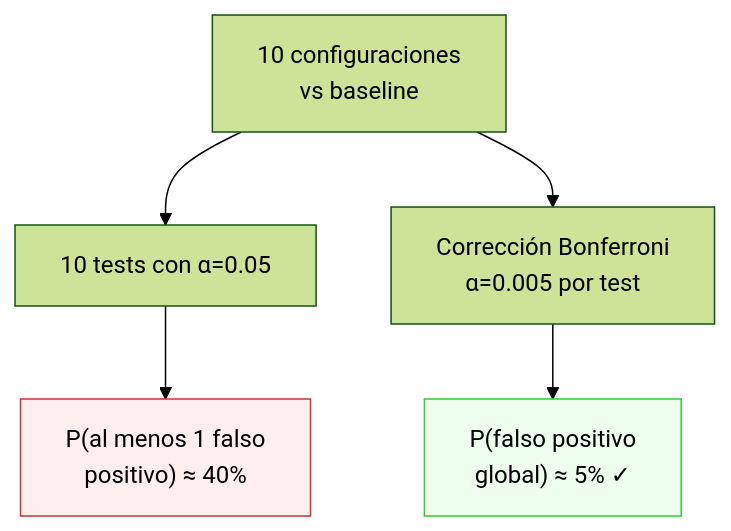
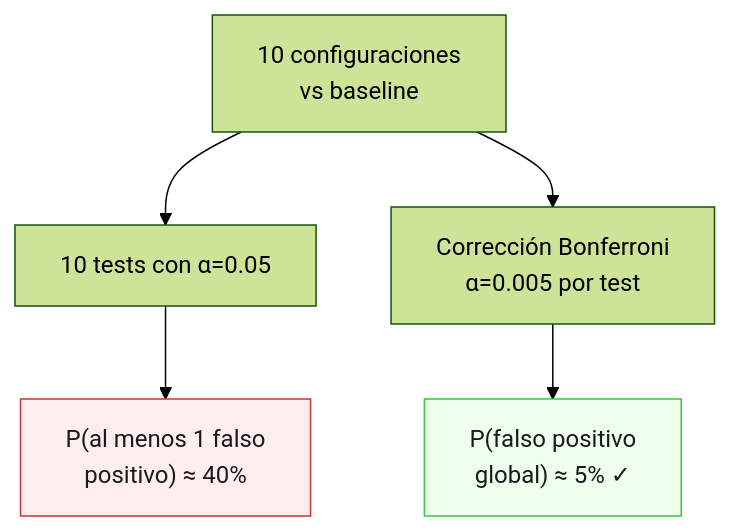
Before and after one commit to Alonsomar/estudio-personal: the sixth of 7 diagrams in 01-evals/theory/08-estadistica-estocastica.md, drawn with Mermaid (forest theme). The commit also changed other lines of this file and 20 other files, not shown here.

First line of the commit message:
fix(docs): texto oscuro en nodos Mermaid para legibilidad en modo oscuro

````diff
--- a/01-evals/theory/08-estadistica-estocastica.md
+++ b/01-evals/theory/08-estadistica-estocastica.md
@@ -215,12 +215,12 @@
 ```mermaid
 graph TD
     C["10 configuraciones<br/>vs baseline"]
     C --> T["10 tests con α=0.05"]
     T --> FP["P(al menos 1 falso<br/>positivo) ≈ 40%"]
     
     C --> B["Corrección Bonferroni<br/>α=0.005 por test"]
     B --> OK["P(falso positivo<br/>global) ≈ 5% ✓"]
     
-    style FP fill:#fee,stroke:#c33
-    style OK fill:#efe,stroke:#3c3
+    style FP fill:#fee,stroke:#c33,color:#1a1a1a
+    style OK fill:#efe,stroke:#3c3,color:#1a1a1a
 ```
````
